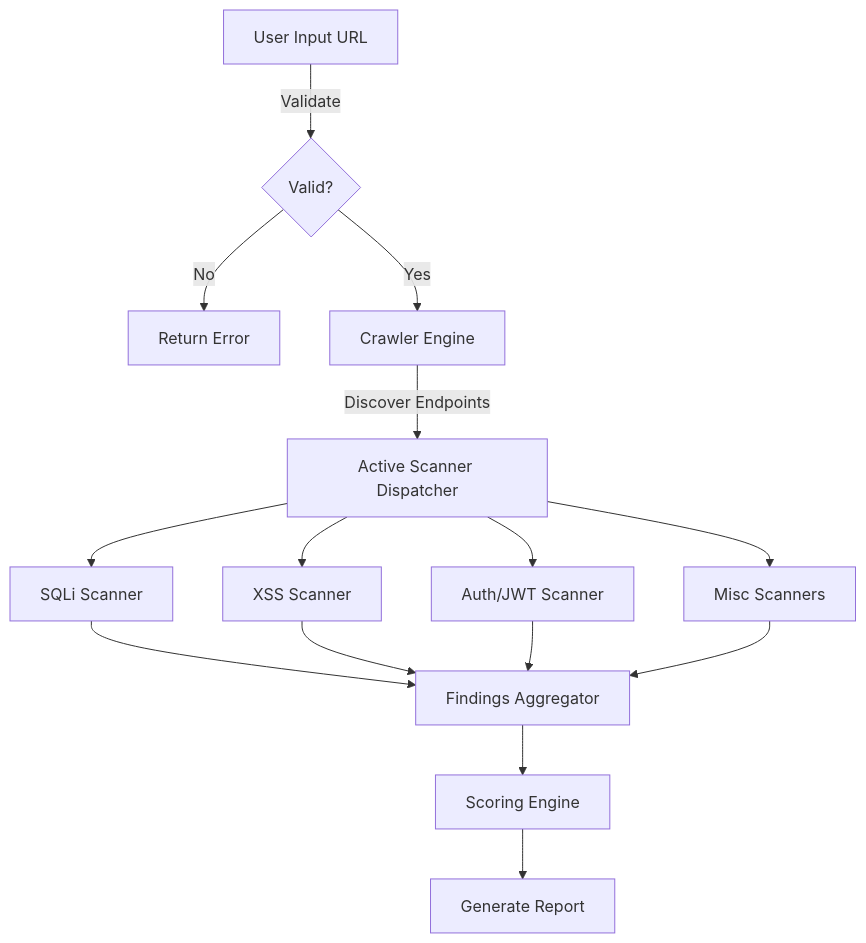
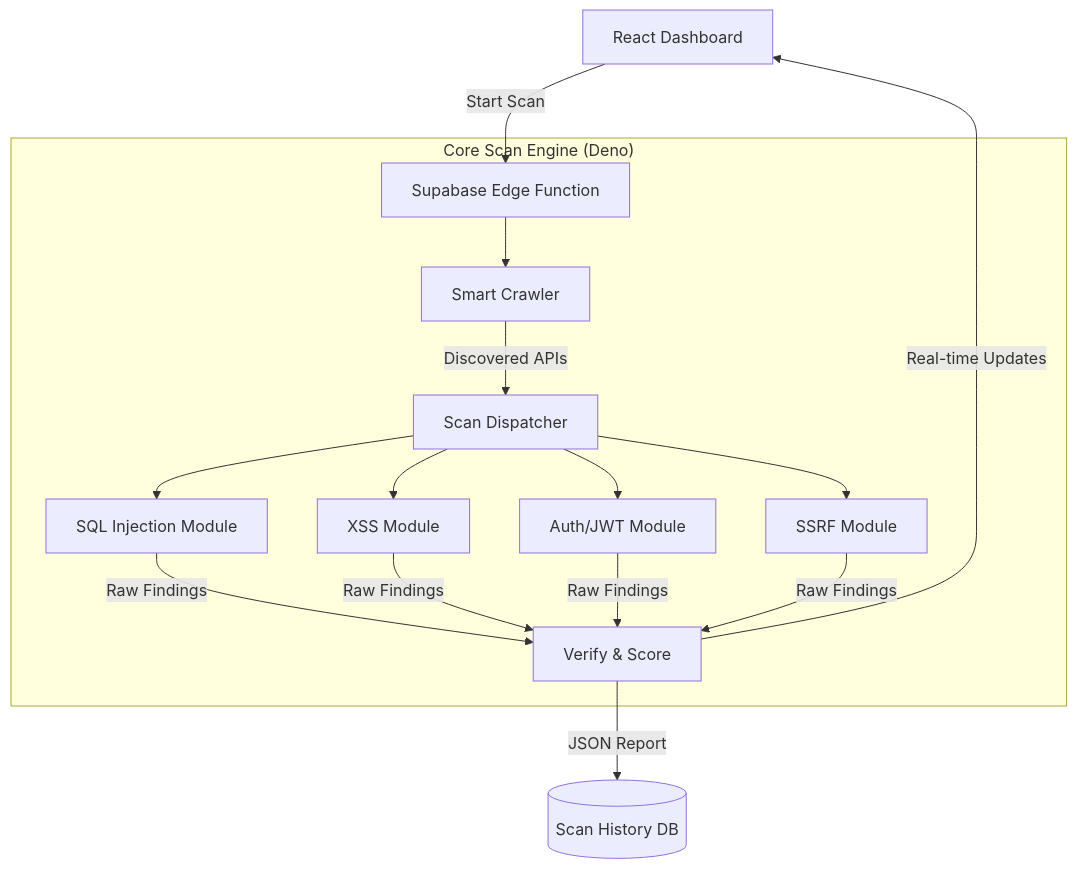
Before and after one commit to Armaan42/SentinelX: the first of 2 diagrams in README.md, drawn with Mermaid. The commit also changed other lines of this file, not shown here.

````diff
--- a/README.md
+++ b/README.md
@@ -66,14 +96,19 @@
 ```mermaid
-graph TD
-    A[User Input URL] -->|Validate| B{Valid?}
-    B -->|No| Z[Return Error]
-    B -->|Yes| C[Crawler Engine]
-    C -->|Discover Endpoints| D[Active Scanner Dispatcher]
-    D --> E[SQLi Scanner]
-    D --> F[XSS Scanner]
-    D --> G[Auth/JWT Scanner]
-    D --> H[Misc Scanners]
-    E & F & G & H --> I[Findings Aggregator]
-    I --> J[Scoring Engine]
-    J --> K[Generate Report]
+graph TB
+    Client[React Dashboard] -->|Start Scan| Gateway[Supabase Edge Function]
+    
+    subgraph "Core Scan Engine (Deno)"
+        Gateway --> Crawler[Smart Crawler]
+        Crawler -->|Discovered APIs| Dispatcher[Scan Dispatcher]
+        
+        Dispatcher --> SQLi[SQL Injection Module]
+        Dispatcher --> XSS[XSS Module]
+        Dispatcher --> Auth[Auth/JWT Module]
+        Dispatcher --> SSRF[SSRF Module]
+        
+        SQLi & XSS & Auth & SSRF -->|Raw Findings| Analyzer[Verify & Score]
+    end
+    
+    Analyzer -->|JSON Report| DB[(Scan History DB)]
+    Analyzer -->|Real-time Updates| Client
 ```
````
